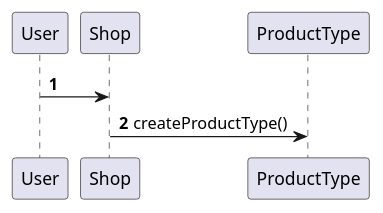
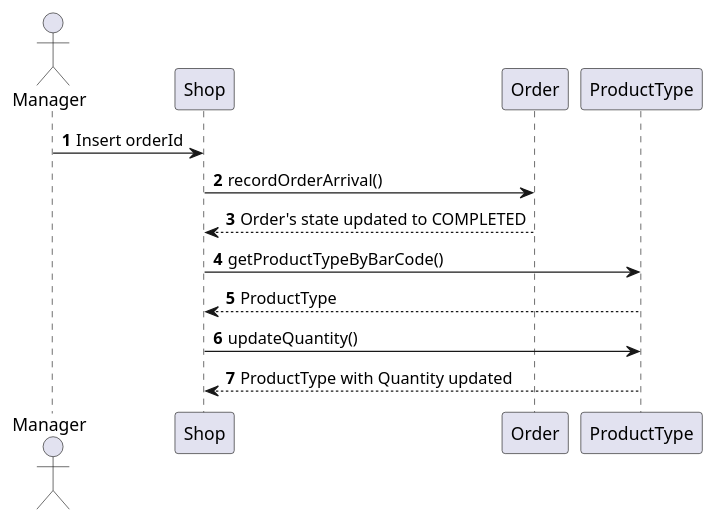
Before and after one commit to b3xul/ezshop: diagram 11 of 14 in Deliverables/DesignDocument.md, drawn with PlantUML. The commit also changed other lines of this file and 1 other file, not shown here.

Commit message:
updated sequences

````diff
--- a/Deliverables/DesignDocument.md
+++ b/Deliverables/DesignDocument.md
@@ -408,13 +415,18 @@
 ```plantuml
 @startuml
 
-participant User 
+actor Manager
 participant Shop
-participant ProductType
+participant Order
 
-autonumber
-User -> Shop
-Shop -> ProductType: createProductType()
+autonumber 
+Manager -> Shop: Insert orderId
+Shop -> Order: recordOrderArrival()
+Order --> Shop: Order's state updated to COMPLETED
+Shop -> ProductType: getProductTypeByBarCode()
+ProductType --> Shop: ProductType
+Shop -> ProductType: updateQuantity()
+ProductType --> Shop: ProductType with Quantity updated
 
 @enduml
 ```
````
